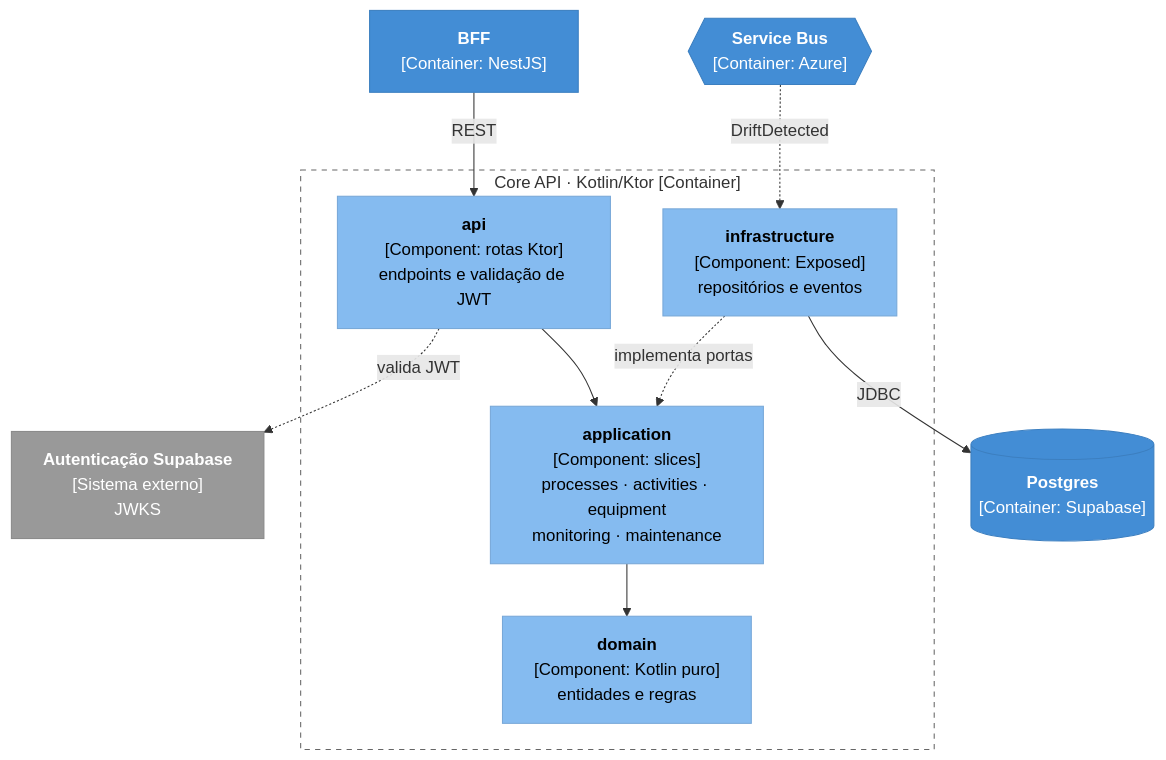
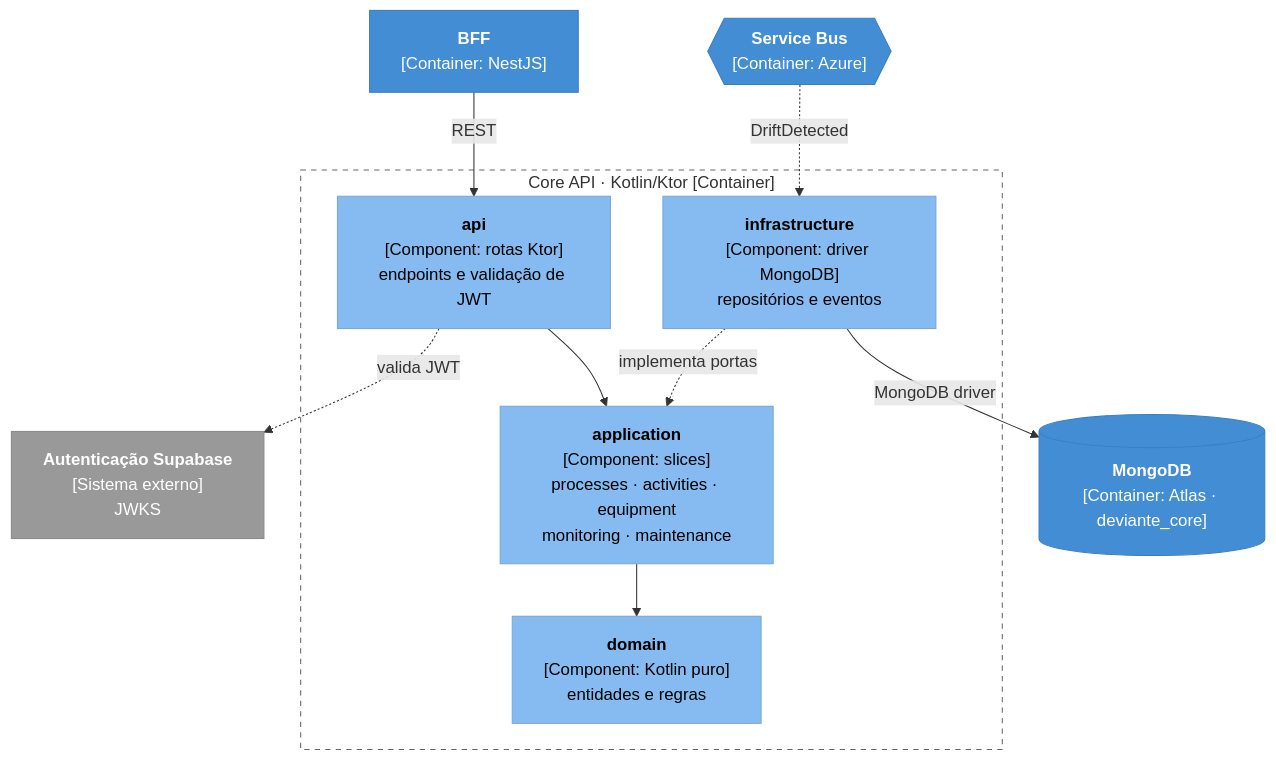
One commit to aland3r/deviante-docs changed the third of 13 diagrams in architecture/arc42.md. Above: the diagram before and after it, drawn with Mermaid. The commit also changed other lines of this file, not shown here.

First line of the commit message:
arc42: Core no MongoDB Atlas, Supabase só para identidade (ADR 03 e 08, §1.1, §2, §4, §5, §7, §8, §11)

````diff
--- a/architecture/arc42.md
+++ b/architecture/arc42.md
@@ -323,29 +323,29 @@
 ```mermaid
 flowchart TB
     bff["<b>BFF</b><br/>[Container: NestJS]"]
     auth["<b>Autenticação Supabase</b><br/>[Sistema externo]<br/>JWKS"]
     bus{{"<b>Service Bus</b><br/>[Container: Azure]"}}
-    db[("<b>Postgres</b><br/>[Container: Supabase]")]
+    db[("<b>MongoDB</b><br/>[Container: Atlas · deviante_core]")]
 
     subgraph core["Core API · Kotlin/Ktor [Container]"]
         api["<b>api</b><br/>[Component: rotas Ktor]<br/>endpoints e validação de JWT"]
         app["<b>application</b><br/>[Component: slices]<br/>processes · activities · equipment<br/>monitoring · maintenance"]
         domain["<b>domain</b><br/>[Component: Kotlin puro]<br/>entidades e regras"]
-        infra["<b>infrastructure</b><br/>[Component: Exposed]<br/>repositórios e eventos"]
+        infra["<b>infrastructure</b><br/>[Component: driver MongoDB]<br/>repositórios e eventos"]
     end
 
     bff -->|REST| api
     api -.->|valida JWT| auth
     api --> app --> domain
     infra -.->|implementa portas| app
-    infra -->|JDBC| db
+    infra -->|MongoDB driver| db
     bus -.->|DriftDetected| infra
 
     classDef container fill:#438DD5,stroke:#3C7FC0,color:#fff
     classDef component fill:#85BBF0,stroke:#78A8D8,color:#000
     classDef external fill:#999999,stroke:#8A8A8A,color:#fff
     class bff,bus,db container
     class api,app,domain,infra component
     class auth external
     style core fill:none,stroke:#666,stroke-dasharray:5 5
 ```
````
